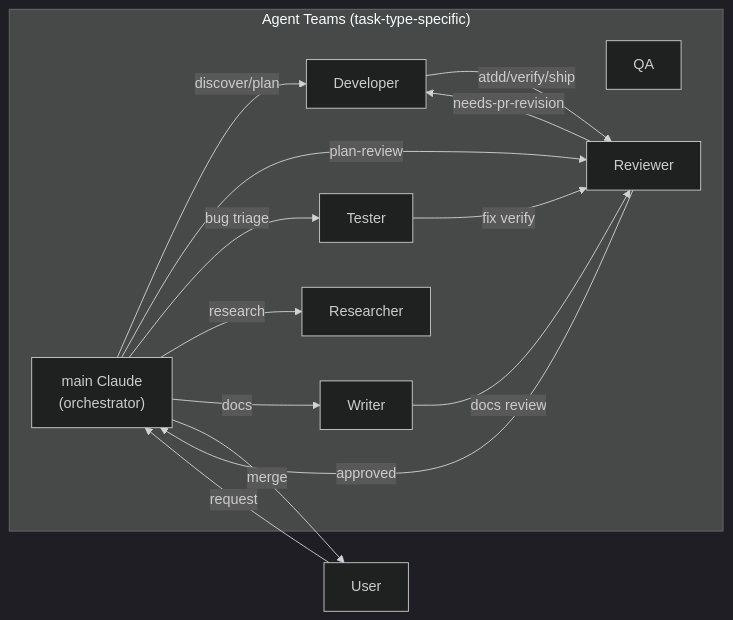
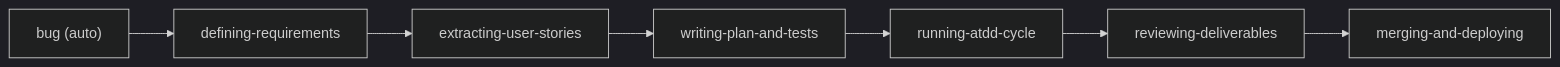
One commit to o3-ozono/atdd-kit changed the first of 4 diagrams in docs/workflow/workflow-detail.md. Above: the diagram before and after it, drawn with Mermaid (dark theme). The commit also changed other lines of this file and 175 other files, not shown here.

````diff
--- a/docs/workflow/workflow-detail.md
+++ b/docs/workflow/workflow-detail.md
@@ -108,25 +67,9 @@
 ```mermaid
-graph LR
-    subgraph "Agent Teams (task-type-specific)"
-        MC["main Claude\n(orchestrator)"]
-        D["Developer"]
-        Q["QA"]
-        T["Tester"]
-        R["Reviewer"]
-        RS["Researcher"]
-        W["Writer"]
-    end
-
-    U["User"] -- "request" --> MC
-    MC -- "discover/plan" --> D
-    MC -- "plan-review" --> R
-    MC -- "bug triage" --> T
-    MC -- "research" --> RS
-    MC -- "docs" --> W
-    D -- "atdd/verify/ship" --> R
-    T -- "fix verify" --> R
-    W -- "docs review" --> R
-    R -- "needs-pr-revision" --> D
-    R -- "approved" --> MC
-    MC -- "merge" --> U
+flowchart LR
+    bug["bug (auto)"] --> dr["defining-requirements"]
+    dr --> us["extracting-user-stories"]
+    us --> plan["writing-plan-and-tests"]
+    plan --> atdd["running-atdd-cycle"]
+    atdd --> review["reviewing-deliverables"]
+    review --> ship["merging-and-deploying"]
 ```
````
